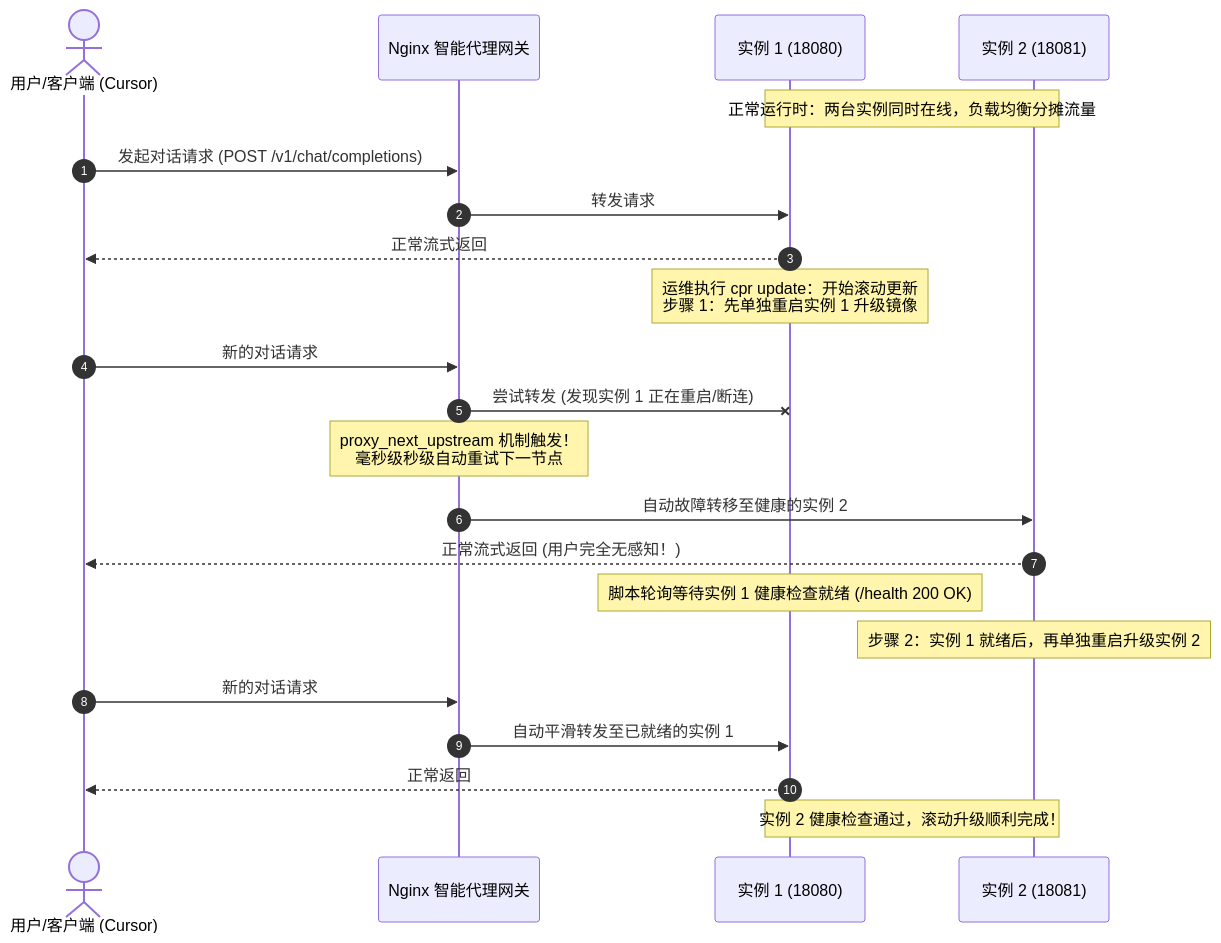
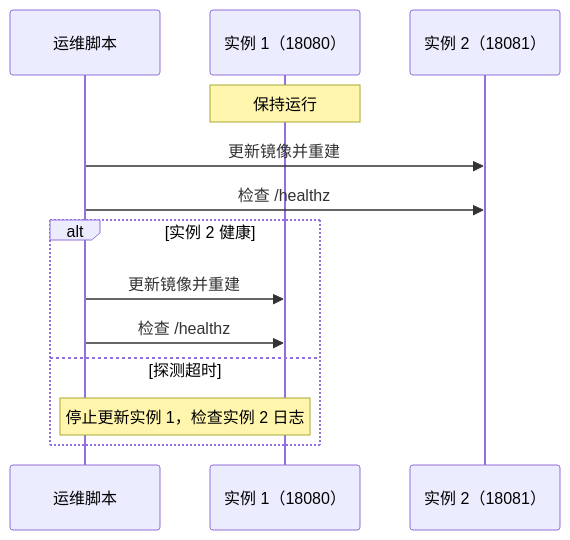
One commit to wuwei0727/codex-proxy-rs changed the fourth of 4 diagrams in docs/二次开发与运维手册.md. Above: the diagram before and after it, drawn with Mermaid. The commit also changed other lines of this file, not shown here.

````diff
--- a/docs/二次开发与运维手册.md
+++ b/docs/二次开发与运维手册.md
@@ -227,27 +237,15 @@
 ```mermaid
 sequenceDiagram
-    autonumber
-    actor User as 用户/客户端 (Cursor)
-    participant Nginx as Nginx 智能代理网关
-    participant Inst1 as 实例 1 (18080)
-    participant Inst2 as 实例 2 (18081)
-
-    Note over Inst1,Inst2: 正常运行时：两台实例同时在线，负载均衡分摊流量
-    User->>Nginx: 发起对话请求 (POST /v1/chat/completions)
-    Nginx->>Inst1: 转发请求
-    Inst1-->>User: 正常流式返回
-
-    Note over Inst1: 运维执行 cpr update：开始滚动更新<br/>步骤 1：先单独重启实例 1 升级镜像
-    User->>Nginx: 新的对话请求
-    Nginx-xInst1: 尝试转发 (发现实例 1 正在重启/断连)
-    Note over Nginx: proxy_next_upstream 机制触发！<br/>毫秒级秒级自动重试下一节点
-    Nginx->>Inst2: 自动故障转移至健康的实例 2
-    Inst2-->>User: 正常流式返回 (用户完全无感知！)
-
-    Note over Inst1: 脚本轮询等待实例 1 健康检查就绪 (/health 200 OK)
-    Note over Inst2: 步骤 2：实例 1 就绪后，再单独重启升级实例 2
-    User->>Nginx: 新的对话请求
-    Nginx->>Inst1: 自动平滑转发至已就绪的实例 1
-    Inst1-->>User: 正常返回
-    Note over Inst1,Inst2: 实例 2 健康检查通过，滚动升级顺利完成！
+    participant Ops as 运维脚本
+    participant Inst1 as 实例 1（18080）
+    participant Inst2 as 实例 2（18081）
+    Note over Inst1: 保持运行
+    Ops->>Inst2: 更新镜像并重建
+    Ops->>Inst2: 检查 /healthz
+    alt 实例 2 健康
+        Ops->>Inst1: 更新镜像并重建
+        Ops->>Inst1: 检查 /healthz
+    else 探测超时
+        Note over Ops,Inst1: 停止更新实例 1，检查实例 2 日志
+    end
 ```
````
